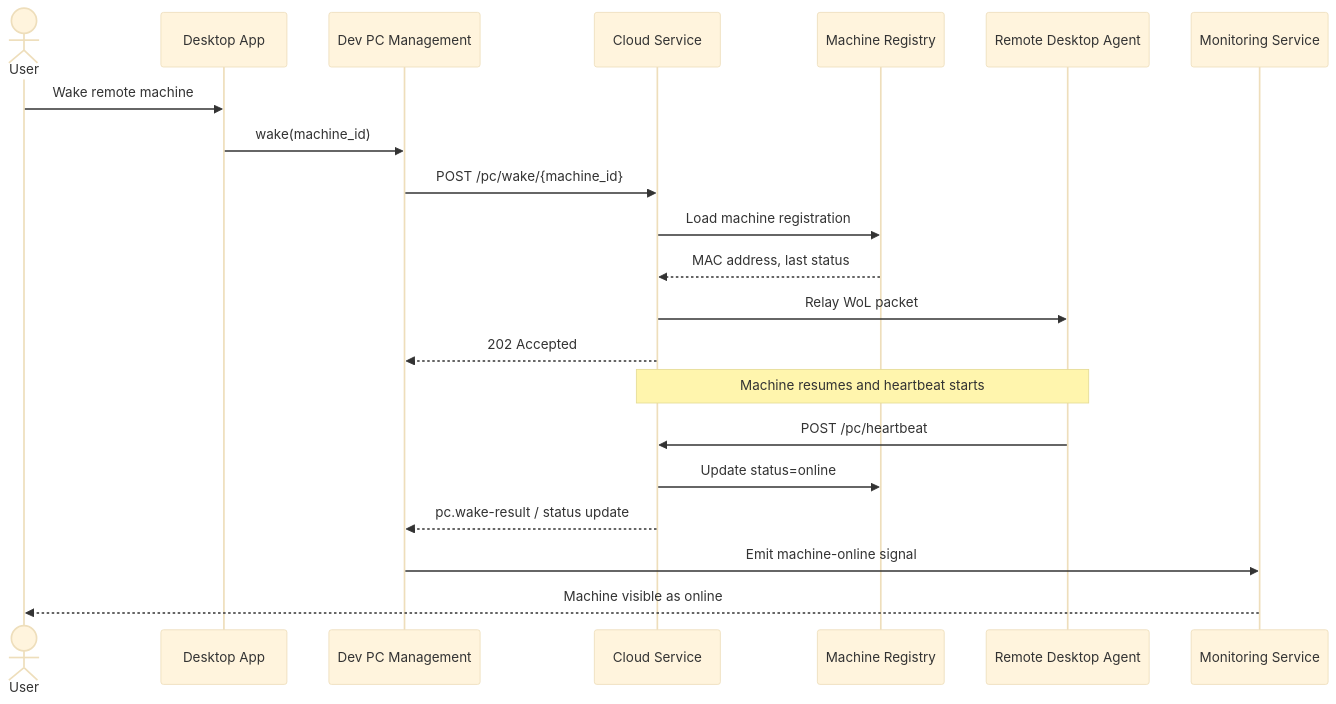
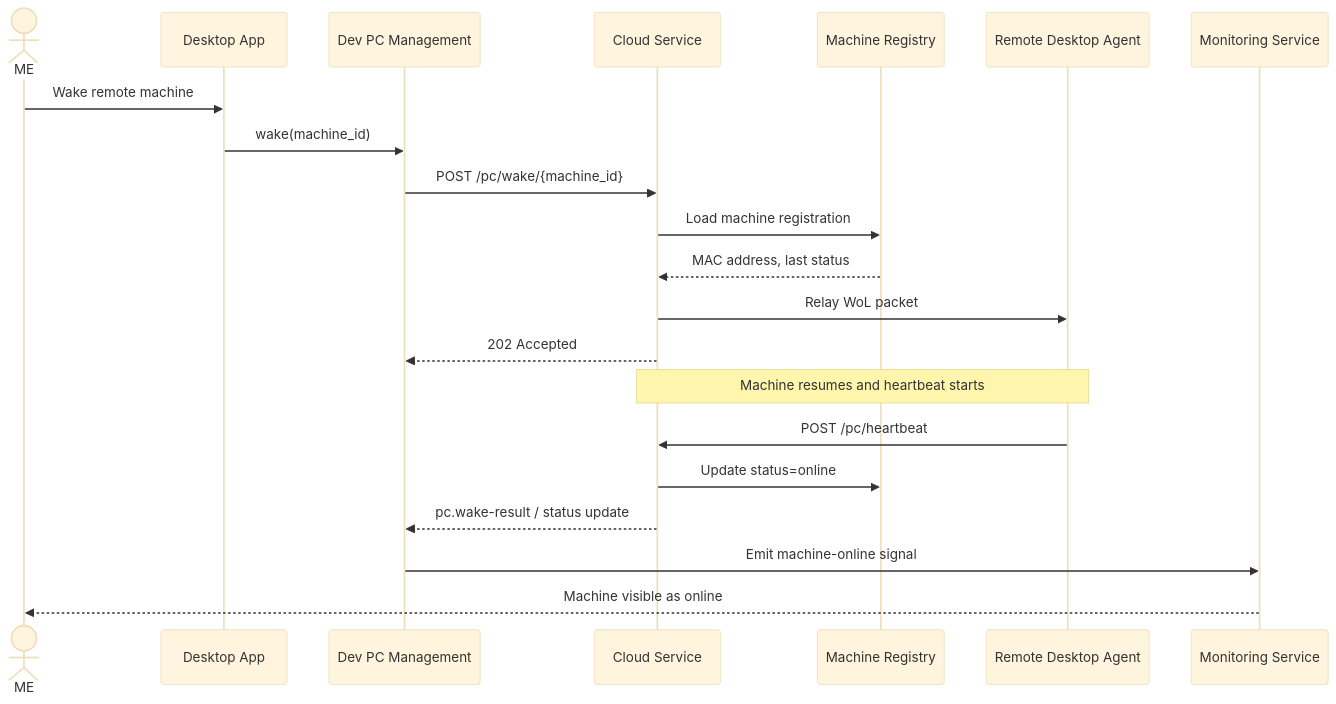
Before and after one commit to JSdotNet/Backlog: the seventh of 7 diagrams in .arc42/06-runtime-view.md, drawn with Mermaid (base theme). The commit also changed other lines of this file and 3 other files, not shown here.

````diff
--- a/.arc42/06-runtime-view.md
+++ b/.arc42/06-runtime-view.md
@@ -223,25 +223,25 @@
 ```mermaid
 sequenceDiagram
-    actor User
+    actor ME
     participant Desktop as Desktop App
     participant DevPC as Dev PC Management
     participant Cloud as Cloud Service
     participant Registry as Machine Registry
     participant Target as Remote Desktop Agent
     participant Monitoring as Monitoring Service
 
-    User->>Desktop: Wake remote machine
+    ME->>Desktop: Wake remote machine
     Desktop->>DevPC: wake(machine_id)
     DevPC->>Cloud: POST /pc/wake/{machine_id}
     Cloud->>Registry: Load machine registration
     Registry-->>Cloud: MAC address, last status
     Cloud->>Target: Relay WoL packet
     Cloud-->>DevPC: 202 Accepted
 
     Note over Target,Cloud: Machine resumes and heartbeat starts
     Target->>Cloud: POST /pc/heartbeat
     Cloud->>Registry: Update status=online
     Cloud-->>DevPC: pc.wake-result / status update
     DevPC->>Monitoring: Emit machine-online signal
-    Monitoring-->>User: Machine visible as online
+    Monitoring-->>ME: Machine visible as online
 ```
````
